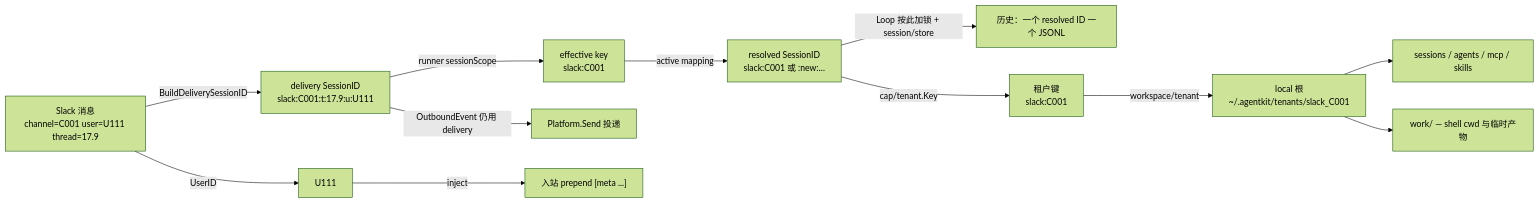
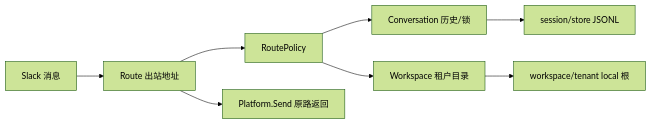
Before and after one commit to lengzhao/agentkit: the diagram in docs/guides/multi-tenant.zh.md, drawn with Mermaid (forest theme). The commit also changed other lines of this file and 180 other files, not shown here.

````diff
--- a/docs/guides/multi-tenant.zh.md
+++ b/docs/guides/multi-tenant.zh.md
@@ -13,15 +14,10 @@
 ```mermaid
 flowchart LR
-  Msg["Slack 消息<br/>channel=C001 user=U111 thread=17.9"]
-  Msg -->|BuildDeliverySessionID| D["delivery SessionID<br/>slack:C001:t:17.9:u:U111"]
-  D -->|runner sessionScope| E["effective key<br/>slack:C001"]
-  E -->|active mapping| S["resolved SessionID<br/>slack:C001 或 :new:…"]
-  Msg -->|UserID| UID["U111"]
-  S -->|"Loop 按此加锁 + session/store"| Hist["历史：一个 resolved ID 一个 JSONL"]
-  UID -->|inject| Attr["入站 prepend [meta ...]"]
-  S -->|"cap/tenant.Key"| TK["租户键<br/>slack:C001"]
-  TK -->|workspace/tenant| Root["local 根<br/>~/.agentkit/tenants/slack_C001"]
-  Root --> Runtime["sessions / agents / mcp / skills"]
-  Root --> Work["work/ — shell cwd 与临时产物"]
-  D -->|"OutboundEvent 仍用 delivery"| Reply["Platform.Send 投递"]
+  Msg["Slack 消息"] --> Route["Route 出站地址"]
+  Route --> Router["RoutePolicy"]
+  Router --> Conv["Conversation 历史/锁"]
+  Router --> WS["Workspace 租户目录"]
+  Conv --> Hist["session/store JSONL"]
+  WS --> Root["workspace/tenant local 根"]
+  Route --> Out["Platform.Send 原路返回"]
 ```
````
